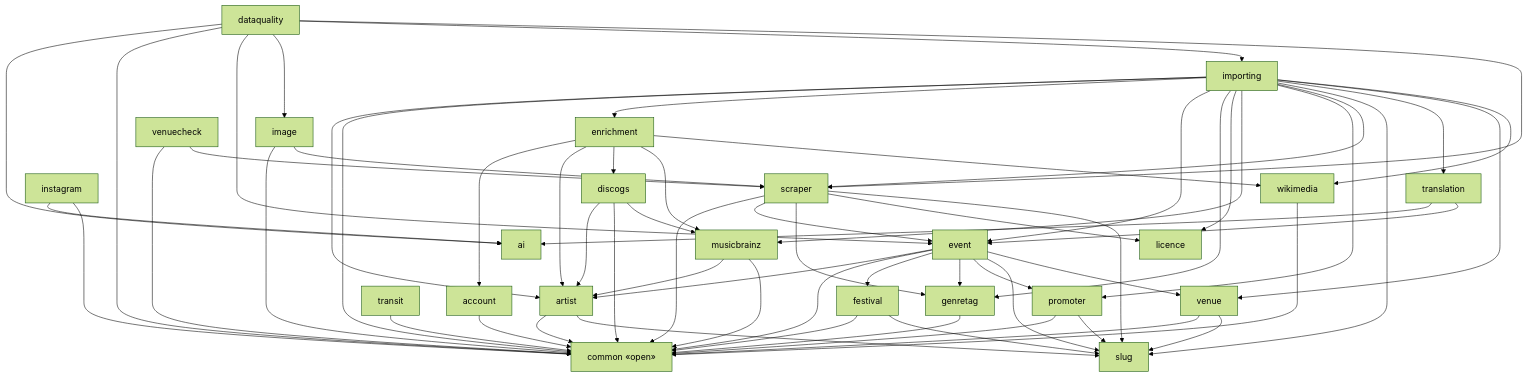
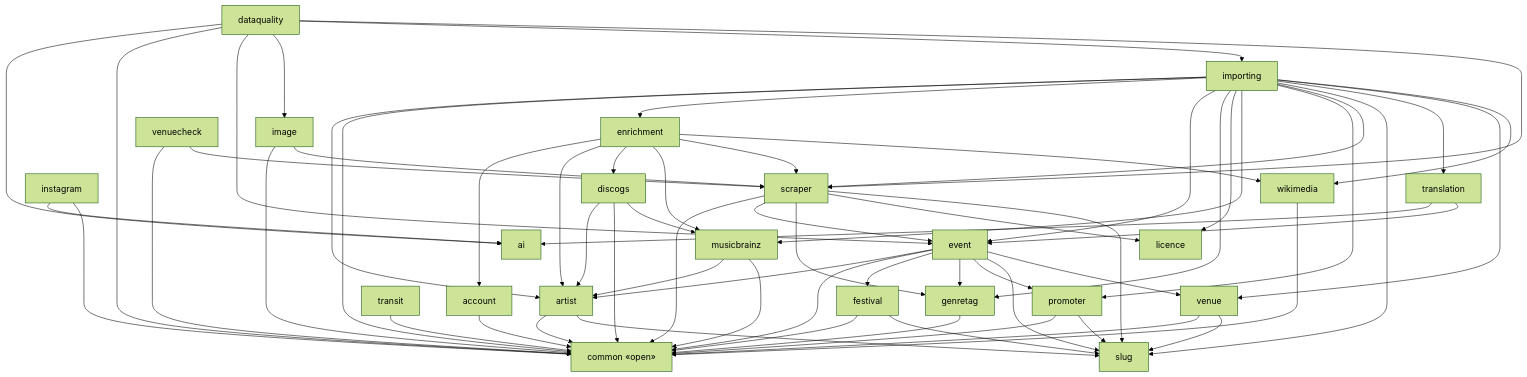
One commit to enorm-labs/event-junkie changed the diagram in docs/architecture/modules-events-importer.md. Above: the diagram before and after it, drawn with Mermaid (forest theme). The commit also changed 8 other files, not shown here.

```diff
--- a/docs/architecture/modules-events-importer.md
+++ b/docs/architecture/modules-events-importer.md
@@ -48,6 +48,7 @@
     enrichment --> artist
     enrichment --> discogs
     enrichment --> musicbrainz
+    enrichment --> scraper
     enrichment --> wikimedia
     event --> artist
     event --> common
```
